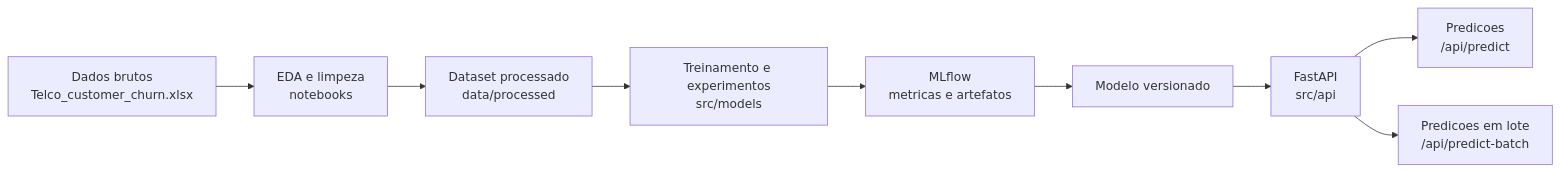
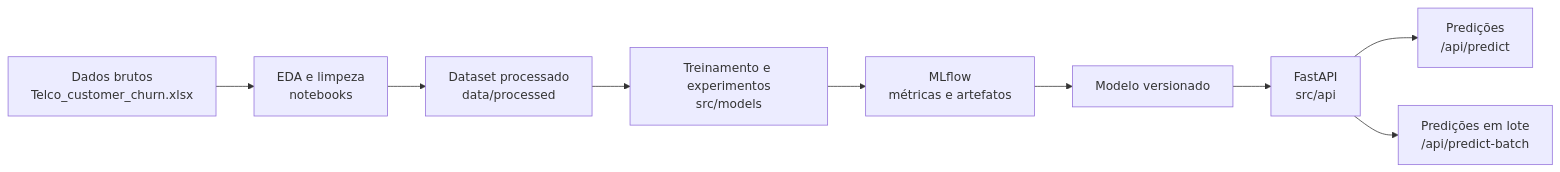
The first of 3 diagrams in fase_1/tech_challenge/README.md (GusdPaula/MLENG_FIAP), drawn with Mermaid before and after one commit. The commit also changed other lines of this file and 24 other files, not shown here.

````diff
--- a/fase_1/tech_challenge/README.md
+++ b/fase_1/tech_challenge/README.md
@@ -82,11 +82,11 @@
 ```mermaid
 flowchart LR
     A["Dados brutos<br/>Telco_customer_churn.xlsx"] --> B["EDA e limpeza<br/>notebooks"]
     B --> C["Dataset processado<br/>data/processed"]
     C --> D["Treinamento e experimentos<br/>src/models"]
-    D --> E["MLflow<br/>metricas e artefatos"]
+    D --> E["MLflow<br/>métricas e artefatos"]
     E --> F["Modelo versionado"]
     F --> G["FastAPI<br/>src/api"]
-    G --> H["Predicoes<br/>/api/predict"]
-    G --> I["Predicoes em lote<br/>/api/predict-batch"]
+    G --> H["Predições<br/>/api/predict"]
+    G --> I["Predições em lote<br/>/api/predict-batch"]
 ```
````
